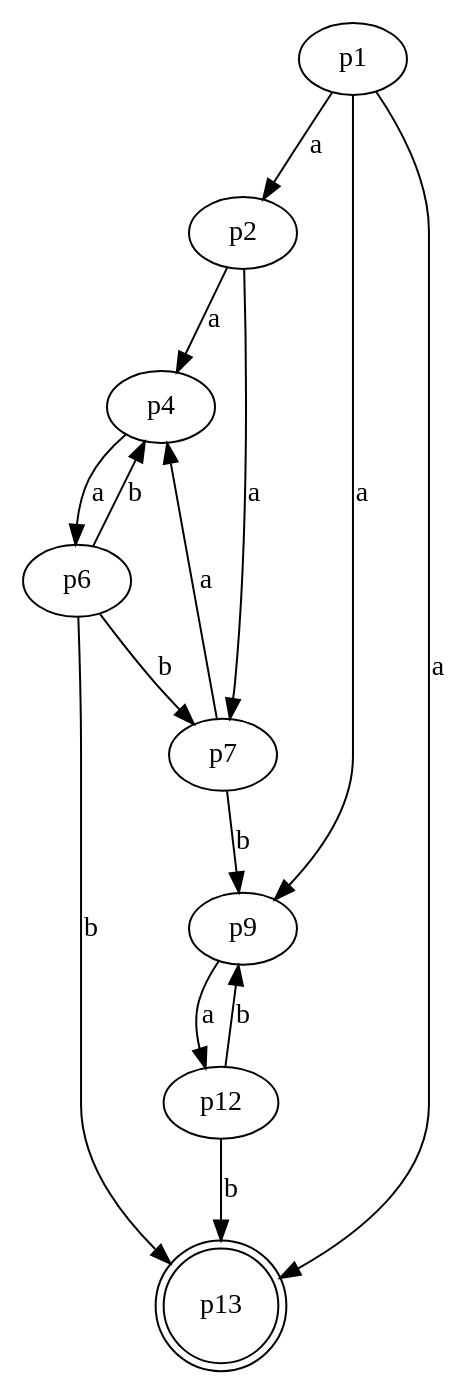
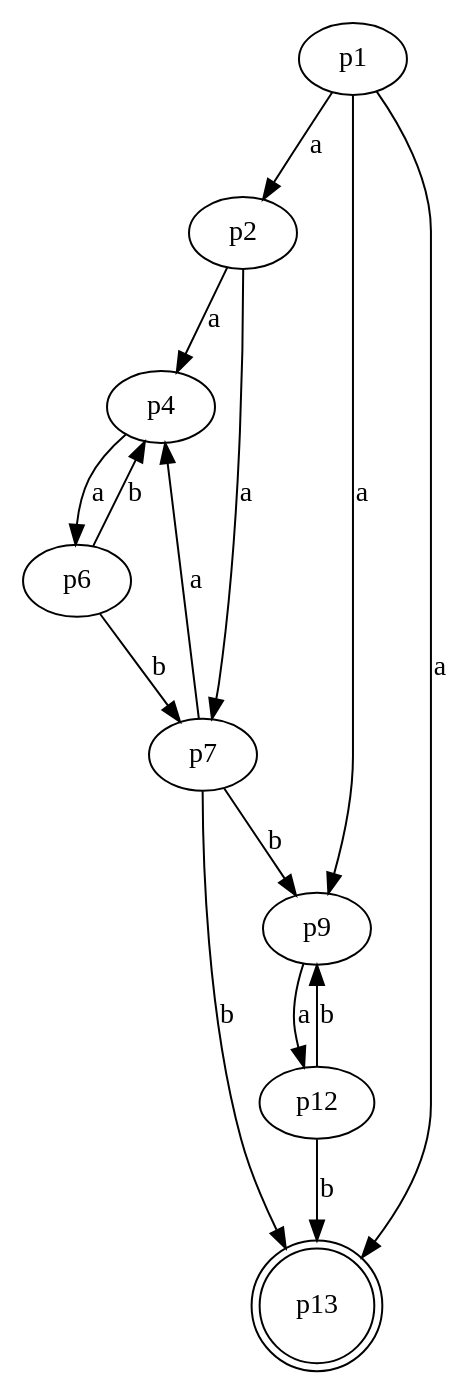
The diagram in Task3/3_2(del).gv (NRU-MPEI-IMAI/git-Edmelissa), drawn with Graphviz before and after one commit.

```diff
--- a/Task3/3_2(del).gv
+++ b/Task3/3_2(del).gv
@@ -1,33 +1,33 @@
 digraph G 
 {
     n1 [label = p1]
     n2 [label = p2]
     n4 [label = p4]
     n6 [label = p6]
     n7 [label = p7]
     n9 [label = p9]
     n12 [label = p12]
     n13[label = p13, shape = doublecircle]
 
 
     n1 -> n2 [label = "a"]
     n1 -> n9 [label = "a"]
     n1 -> n13 [label = "a"]
     
     n2 -> n4 [label = "a"]
     n2 -> n7 [label = "a"]
     
     n4 -> n6 [label = "a"]
     
     n6 -> n4 [label = "b"]
     n6 -> n7 [label = "b"]
-    n6 -> n13 [label = "b"]
     
     n7 -> n4 [label = "a"]
     n7 -> n9 [label = "b"]
+    n7 -> n13 [label = "b"]
     
     n9 -> n12 [label = "a"]
     
     n12 -> n13 [label = "b"]
     n12 -> n9 [label = "b"]
 }
```
